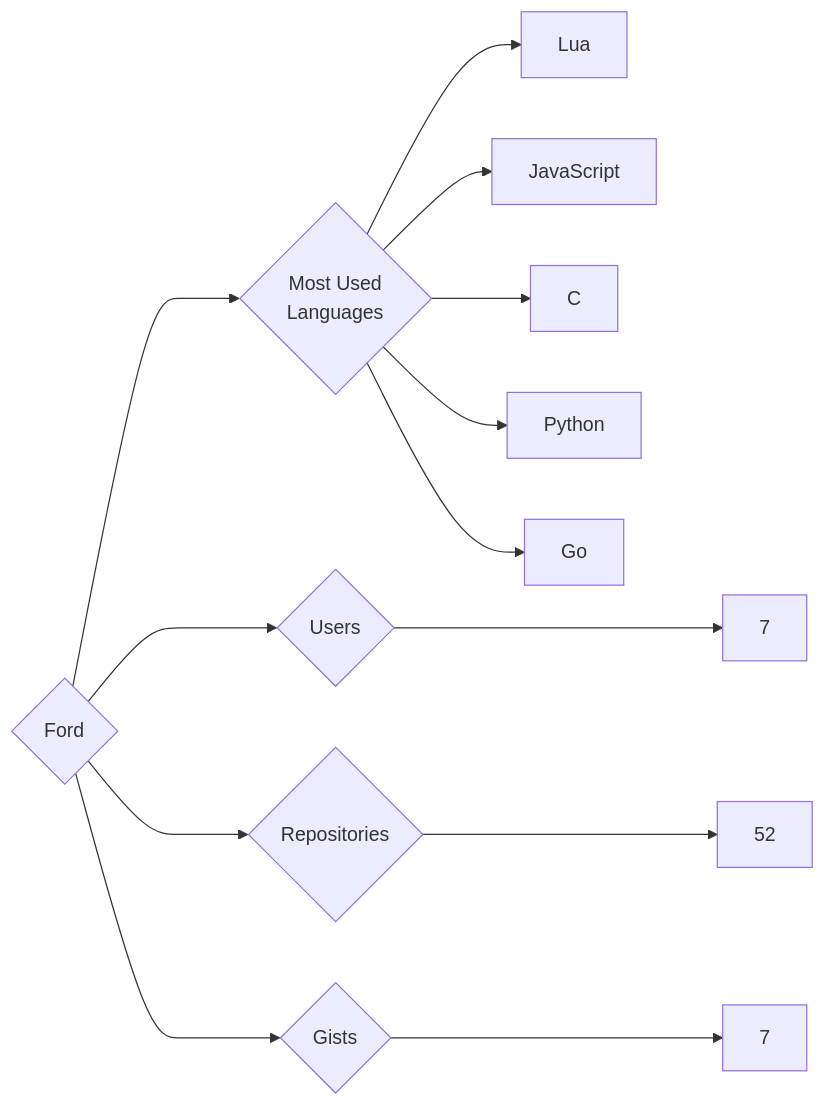
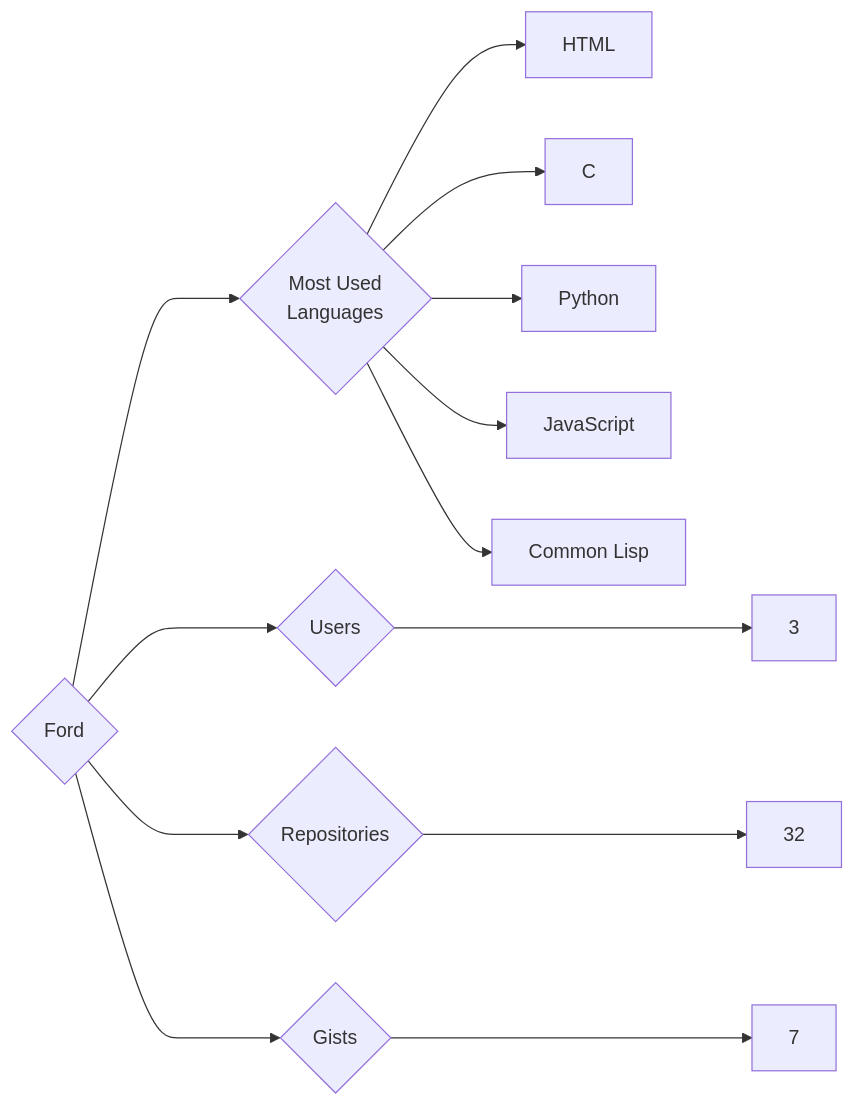
One commit to trickest/insiders changed the diagram in targets/Ford/README.md. Above: the diagram before and after it, drawn with Mermaid. The commit also changed 1003 other files, not shown here.

````diff
--- a/targets/Ford/README.md
+++ b/targets/Ford/README.md
@@ -3,13 +3,13 @@
 ```mermaid
 graph LR
 COMPANY_NAME{Ford}
-COMPANY_NAME ---> U{Users} ---> UN[7]
-COMPANY_NAME ---> R{Repositories} ---> RN[52]
+COMPANY_NAME ---> U{Users} ---> UN[3]
+COMPANY_NAME ---> R{Repositories} ---> RN[32]
 COMPANY_NAME ---> G{Gists} ---> GN[7]
 COMPANY_NAME ---> ML{Most Used<br>Languages}
-ML --> Lua[Lua]
-ML --> JavaScript[JavaScript]
+ML --> HTML[HTML]
 ML --> C[C]
 ML --> Python[Python]
-ML --> Go[Go]
+ML --> JavaScript[JavaScript]
+ML --> Common_Lisp[Common Lisp]
 ```
````
